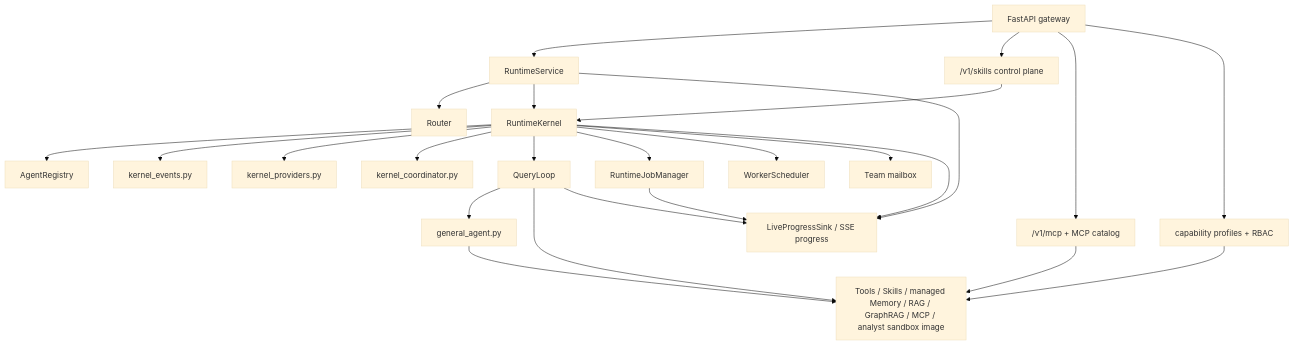
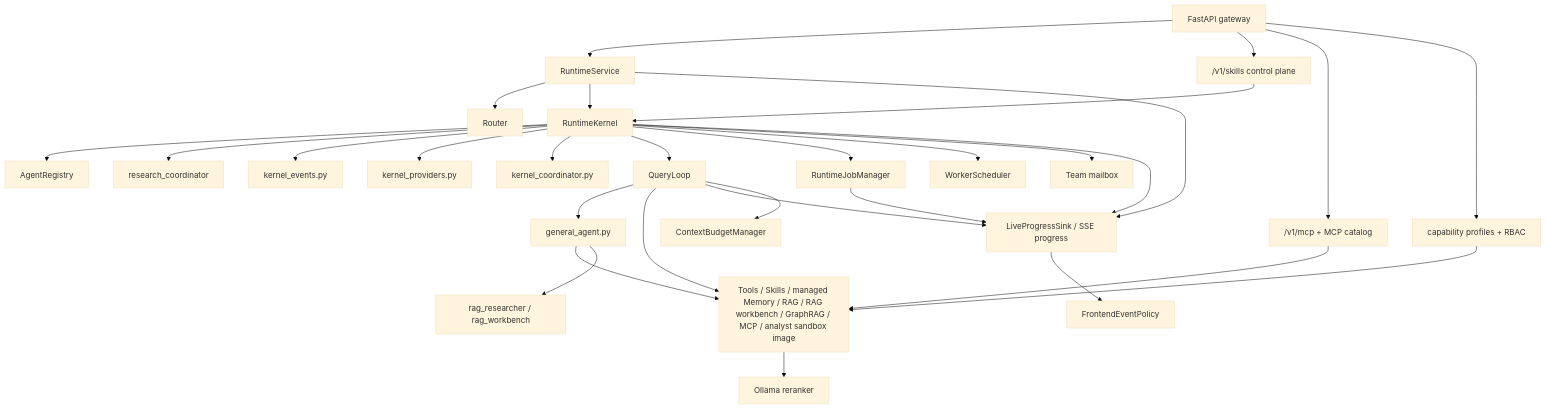
Before and after one commit to browntitan/Agent_Harness: the second of 2 diagrams in docs/C4_ARCHITECTURE.md, drawn with Mermaid (base theme). The commit also changed other lines of this file and 215 other files, not shown here.

````diff
--- a/docs/C4_ARCHITECTURE.md
+++ b/docs/C4_ARCHITECTURE.md
@@ -26,46 +26,56 @@
 ```mermaid
 flowchart TD
     gateway["FastAPI gateway"]
     service["RuntimeService"]
     router["Router"]
     kernel["RuntimeKernel"]
     kernel_events["kernel_events.py"]
     kernel_providers["kernel_providers.py"]
     kernel_coordinator["kernel_coordinator.py"]
     loop["QueryLoop"]
     react["general_agent.py"]
     registry["AgentRegistry"]
+    researcher["rag_researcher / rag_workbench"]
+    research_coord["research_coordinator"]
     skills["/v1/skills control plane"]
     mcp_api["/v1/mcp + MCP catalog"]
     capabilities["capability profiles + RBAC"]
     jobs["RuntimeJobManager"]
     scheduler["WorkerScheduler"]
     team["Team mailbox"]
     progress["LiveProgressSink / SSE progress"]
-    tools["Tools / Skills / managed Memory / RAG / GraphRAG / MCP / analyst sandbox image"]
+    tools["Tools / Skills / managed Memory / RAG / RAG workbench / GraphRAG / MCP / analyst sandbox image"]
+    context_budget["ContextBudgetManager"]
+    frontend_policy["FrontendEventPolicy"]
+    reranker["Ollama reranker"]
 
     gateway --> service
     gateway --> skills
     gateway --> mcp_api
     gateway --> capabilities
     service --> router
     service --> kernel
     service --> progress
     skills --> kernel
     mcp_api --> tools
     capabilities --> tools
     kernel --> registry
+    kernel --> research_coord
     kernel --> kernel_events
     kernel --> kernel_providers
     kernel --> kernel_coordinator
     kernel --> loop
     kernel --> jobs
     kernel --> scheduler
     kernel --> team
     kernel --> progress
     loop --> react
     loop --> tools
     loop --> progress
+    loop --> context_budget
     react --> tools
+    react --> researcher
+    progress --> frontend_policy
+    tools --> reranker
     jobs --> progress
 ```
````
